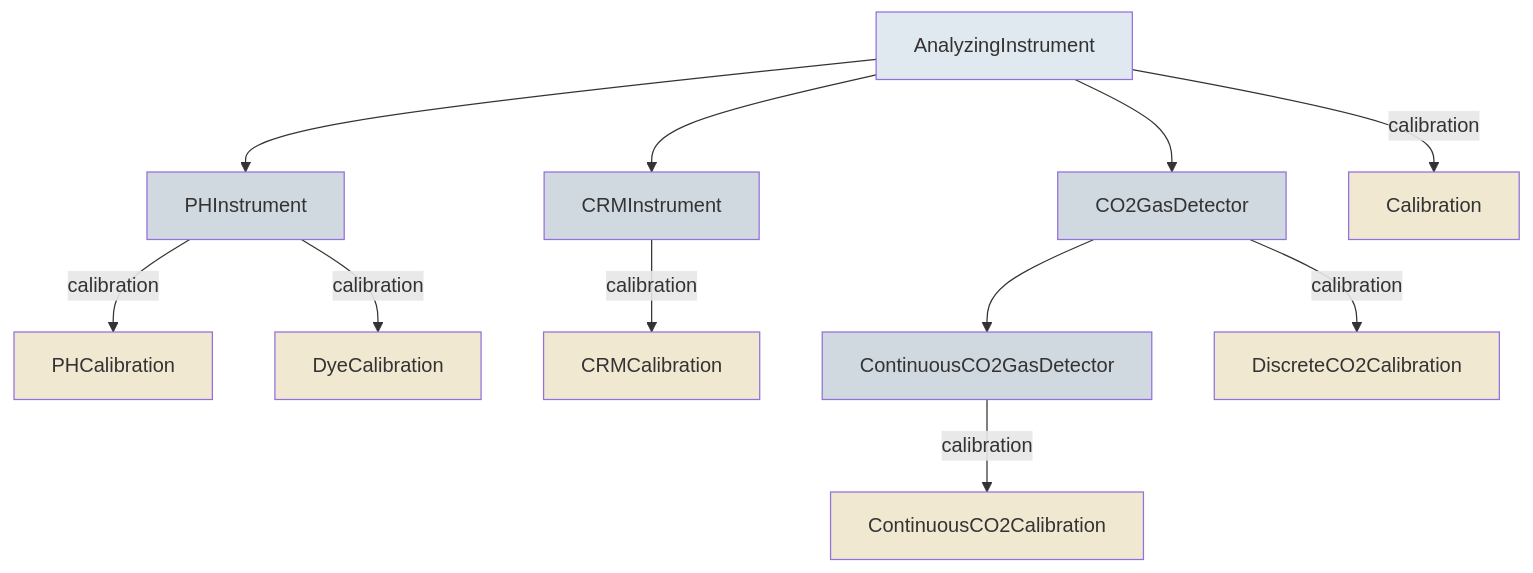
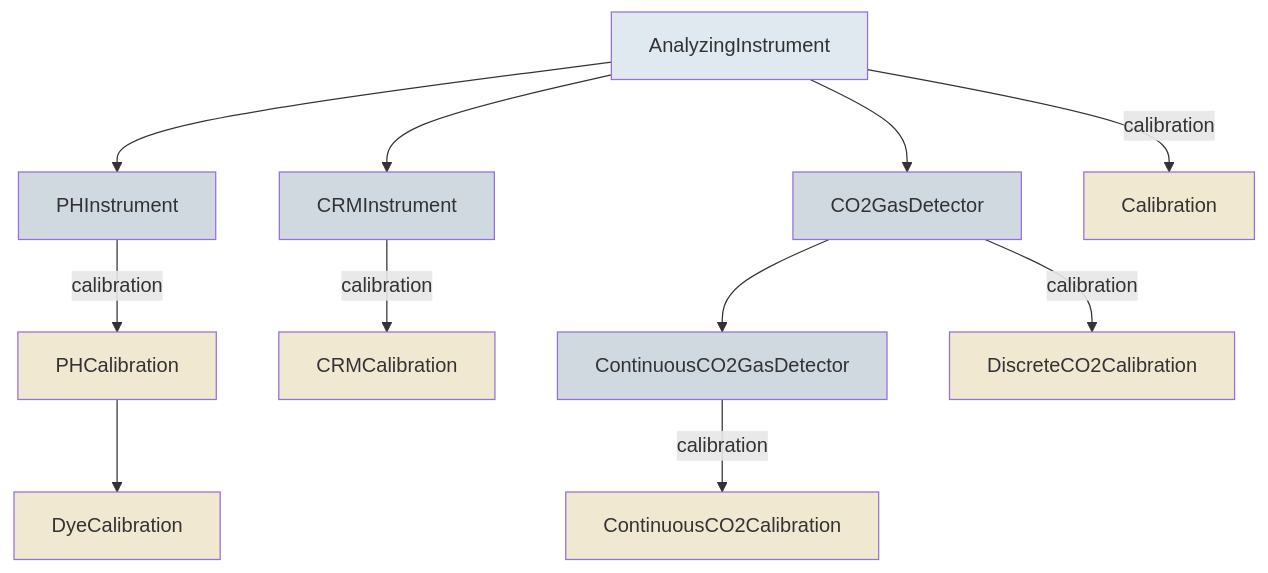
One commit to submarine-mrv/oae-data-protocol changed the diagram in src/docs/files/instruments-calibration/index.md. Above: the diagram before and after it, drawn with Mermaid. The commit also changed 6 other files, not shown here.

Commit message:
refactor(schema): make DyeCalibration a subclass of a PHCalibration that allows every standard

````diff
--- a/src/docs/files/instruments-calibration/index.md
+++ b/src/docs/files/instruments-calibration/index.md
@@ -10,27 +10,27 @@
 ```mermaid
 graph TD
     AI["AnalyzingInstrument"]
     AI --> PHI["PHInstrument"]
     AI --> CRMI["CRMInstrument"]
     AI --> CO2D["CO2GasDetector"]
     CO2D --> CCO2D["ContinuousCO2GasDetector"]
 
     AI -->|calibration| C["Calibration"]
     PHI -->|calibration| PHC["PHCalibration"]
-    PHI -->|calibration| DYEC["DyeCalibration"]
+    PHC --> DYEC["DyeCalibration"]
     CRMI -->|calibration| CRMC["CRMCalibration"]
     CO2D -->|calibration| DCO2C["DiscreteCO2Calibration"]
     CCO2D -->|calibration| CCO2C["ContinuousCO2Calibration"]
 
     style AI fill:#e0e8f0
     style PHI fill:#d0d8e0
     style CRMI fill:#d0d8e0
     style CO2D fill:#d0d8e0
     style CCO2D fill:#d0d8e0
     style C fill:#f0e8d0
     style PHC fill:#f0e8d0
     style DYEC fill:#f0e8d0
     style CRMC fill:#f0e8d0
     style DCO2C fill:#f0e8d0
     style CCO2C fill:#f0e8d0
 ```
````
